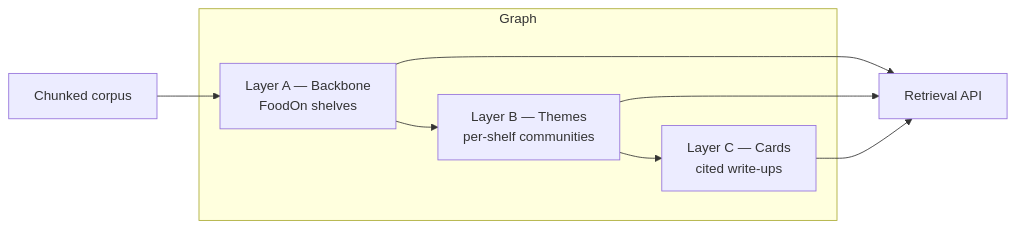
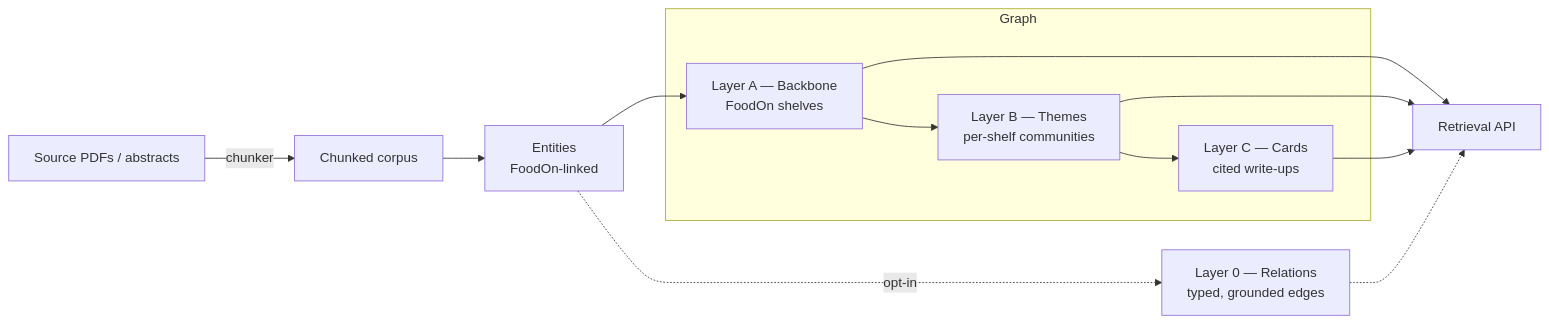
One commit to wisefood/foodscholar-lib changed the diagram in docs/index.md. Above: the diagram before and after it, drawn with Mermaid. The commit also changed other lines of this file and 11 other files, not shown here.

````diff
--- a/docs/index.md
+++ b/docs/index.md
@@ -10,11 +10,15 @@
 ```{mermaid}
 flowchart LR
-    Corpus[Chunked corpus] --> A
+    PDFs[Source PDFs / abstracts] -->|chunker| Corpus[Chunked corpus]
+    Corpus --> E[Entities<br/>FoodOn-linked]
+    E -.->|opt-in| L0[Layer 0 — Relations<br/>typed, grounded edges]
     subgraph Graph
       A[Layer A — Backbone<br/>FoodOn shelves] --> B[Layer B — Themes<br/>per-shelf communities]
       B --> C[Layer C — Cards<br/>cited write-ups]
     end
+    E --> A
     A --> Q[Retrieval API]
     B --> Q
     C --> Q
+    L0 -.-> Q
 ```
````
